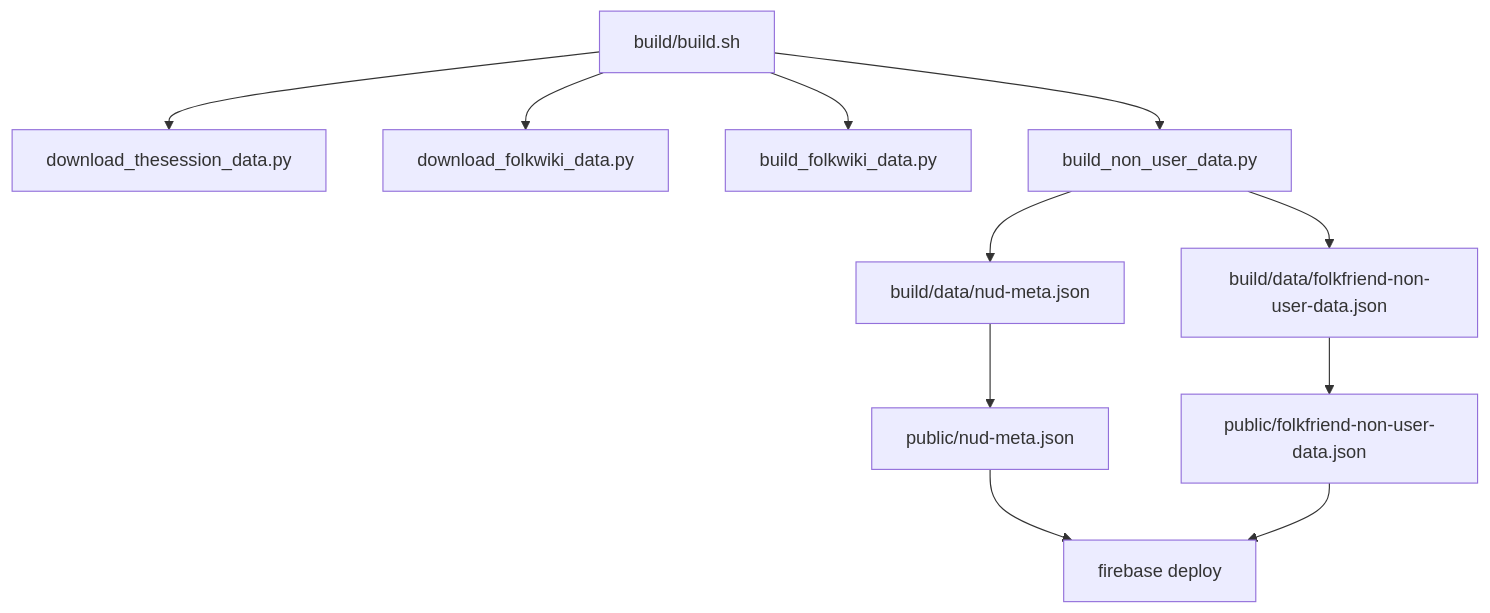
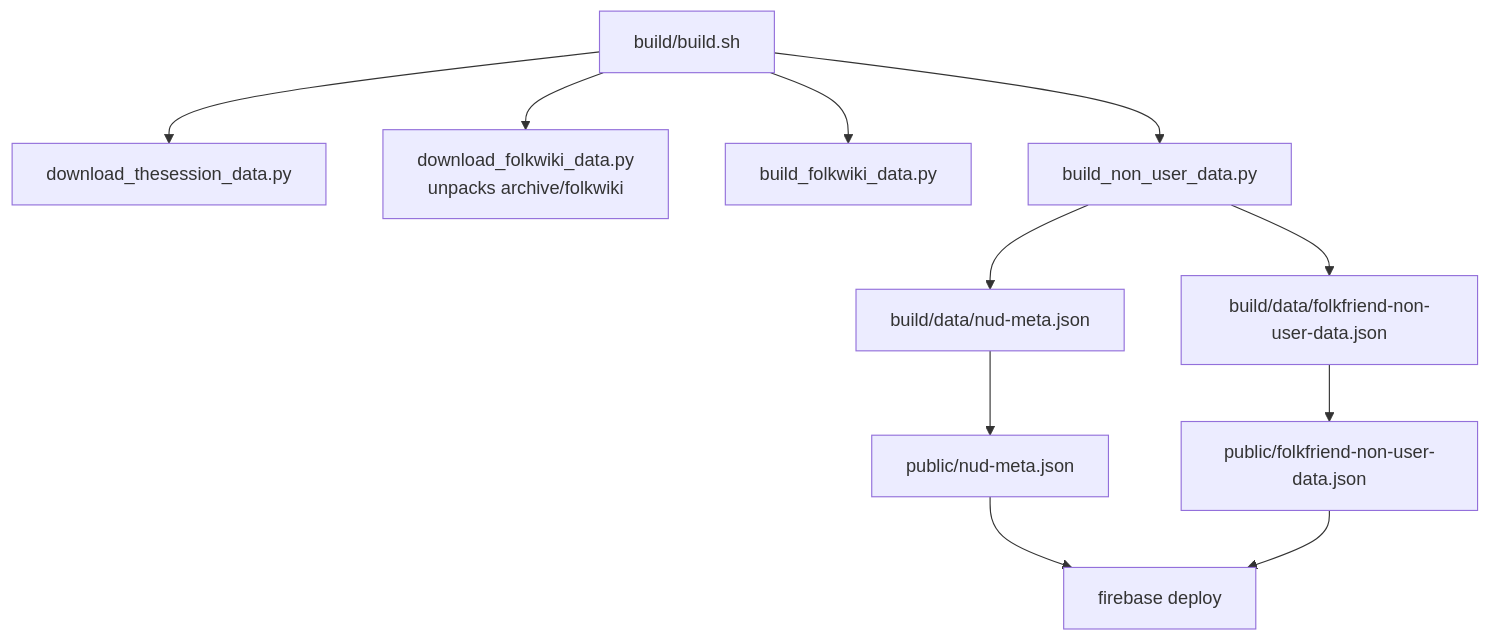
Before and after one commit to petrushy/folkfriend-app-data: the diagram in docs/data-pipeline.md, drawn with Mermaid. The commit also changed other lines of this file and 14 other files, not shown here.

````diff
--- a/docs/data-pipeline.md
+++ b/docs/data-pipeline.md
@@ -62,13 +64,13 @@
 ```mermaid
 flowchart TD
     A[build/build.sh] --> B[download_thesession_data.py]
-    A --> C[download_folkwiki_data.py]
+    A --> C[download_folkwiki_data.py<br/>unpacks archive/folkwiki]
     A --> D[build_folkwiki_data.py]
     A --> E[build_non_user_data.py]
     E --> F[build/data/folkfriend-non-user-data.json]
     E --> G[build/data/nud-meta.json]
     F --> H[public/folkfriend-non-user-data.json]
     G --> I[public/nud-meta.json]
     I --> J[firebase deploy]
     H --> J
 ```
````
